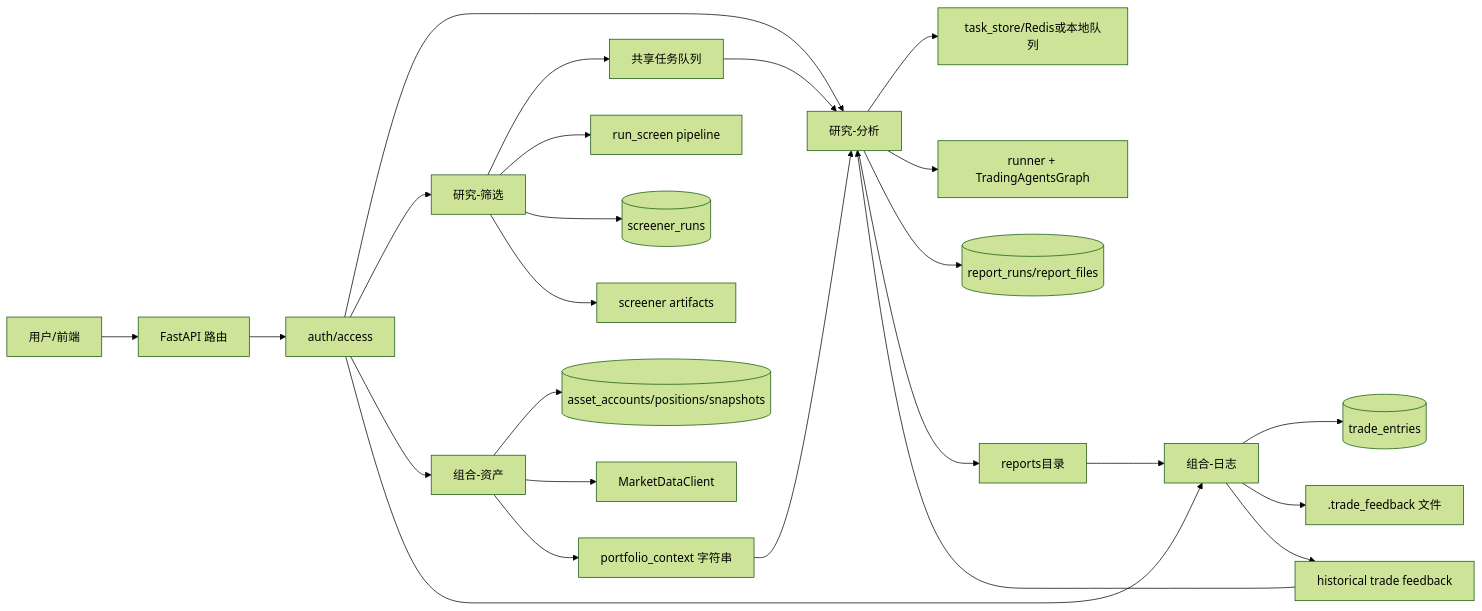
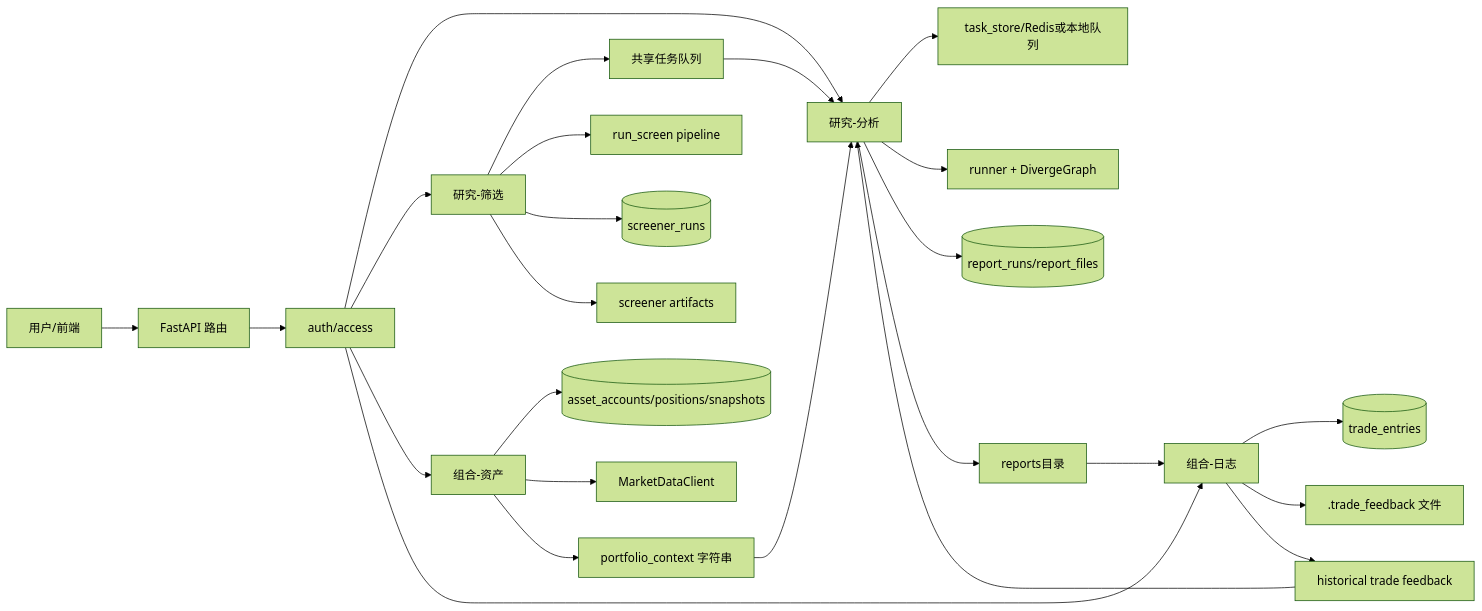
The diagram in docs/deep-research-report.md (romn77/diverge), drawn with Mermaid (forest theme) before and after one commit. The commit also changed other lines of this file and 344 other files, not shown here.

````diff
--- a/docs/deep-research-report.md
+++ b/docs/deep-research-report.md
@@ -46,32 +46,32 @@
 ```mermaid
 flowchart LR
     U[用户/前端] --> R[FastAPI 路由]
     R --> A[auth/access]
     A --> ANA[研究-分析]
     A --> SCR[研究-筛选]
     A --> AST[组合-资产]
     A --> JNL[组合-日志]
 
     ANA --> Q[task_store/Redis或本地队列]
-    ANA --> RUN[runner + TradingAgentsGraph]
+    ANA --> RUN[runner + DivergeGraph]
     ANA --> RM[(report_runs/report_files)]
     ANA --> REP[reports目录]
 
     SCR --> SQ[共享任务队列]
     SCR --> PIPE[run_screen pipeline]
     SCR --> SR[(screener_runs)]
     SCR --> SA[screener artifacts]
 
     AST --> AP[(asset_accounts/positions/snapshots)]
     AST --> MDC[MarketDataClient]
     AST --> PC[portfolio_context 字符串]
 
     JNL --> TE[(trade_entries)]
     JNL --> TF[.trade_feedback 文件]
     JNL --> HF[historical trade feedback]
 
     PC --> ANA
     HF --> ANA
     REP --> JNL
     SQ --> ANA
 ```
````
